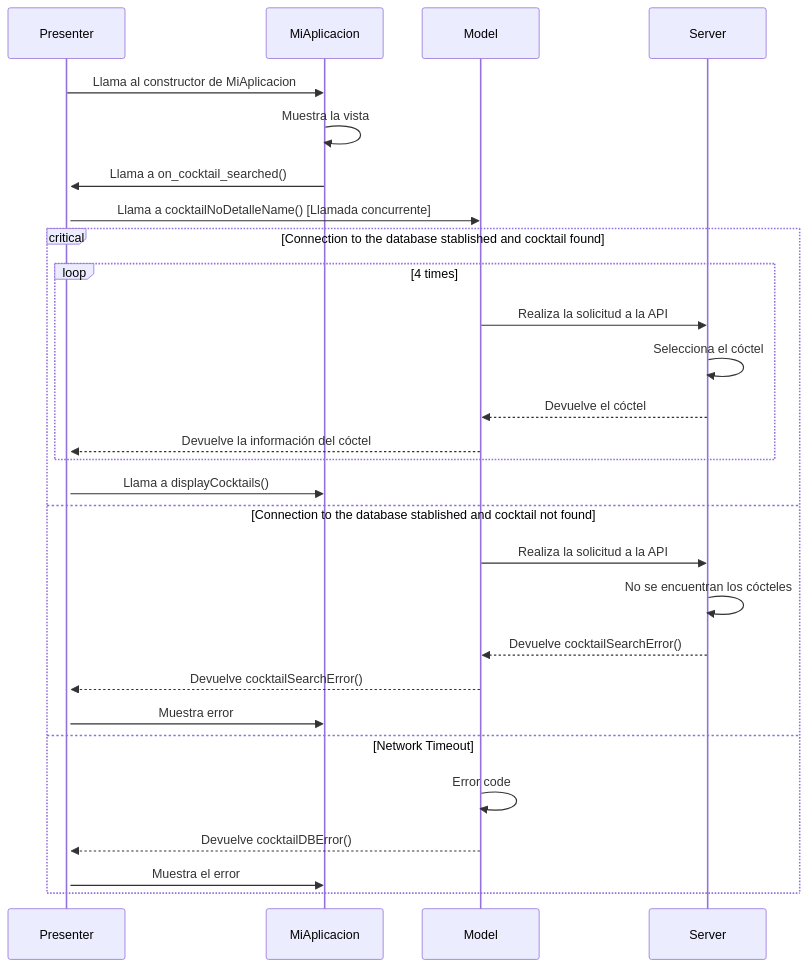
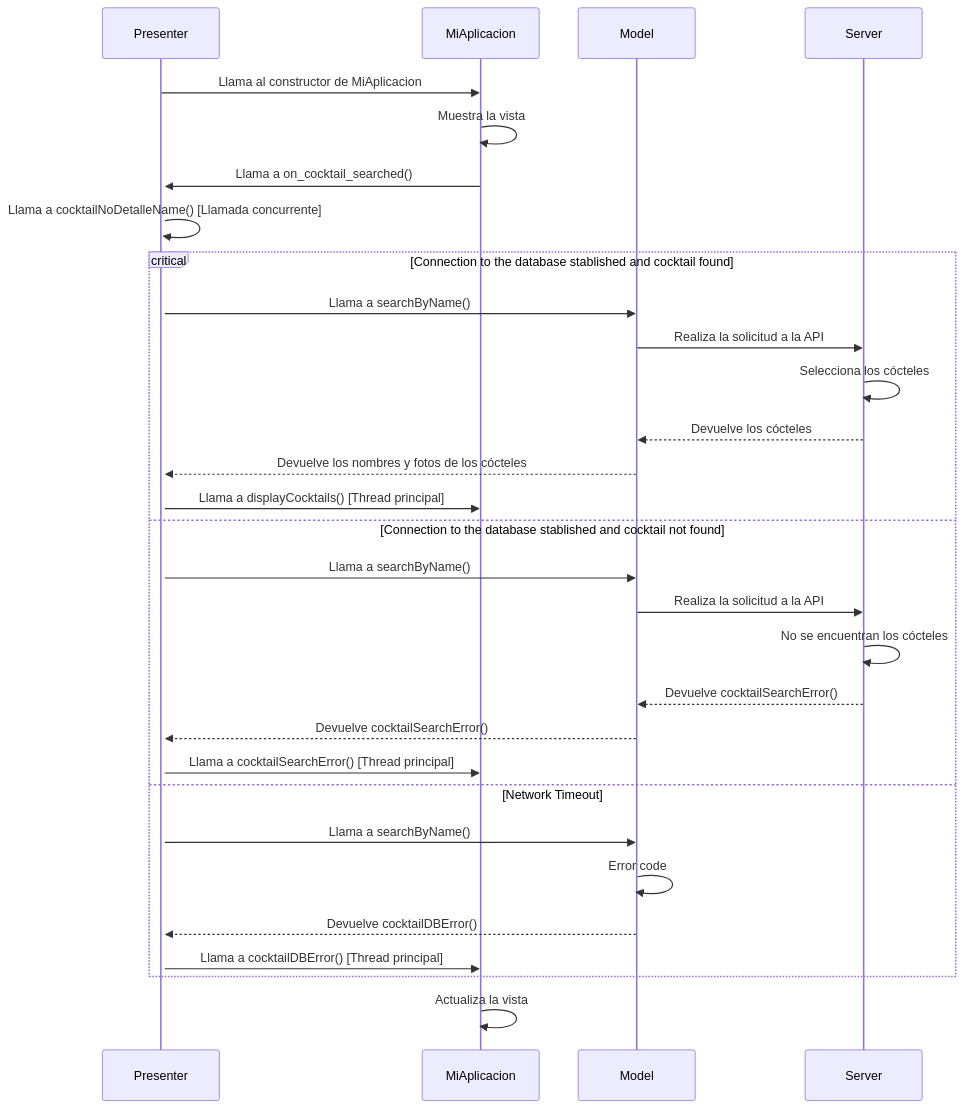
The seventh of 7 diagrams in Desktop/diseño_sw.md (braisf03/IPM), drawn with Mermaid before and after one commit. The commit also changed other lines of this file, not shown here.

Commit message:
✅✅✅✅✅✅✅ como dicen los jóvenes

````diff
--- a/Desktop/diseño_sw.md
+++ b/Desktop/diseño_sw.md
@@ -281,36 +285,38 @@
 ```mermaid
 sequenceDiagram
 #--------------Definiciones de actores--------------#
     participant Presenter as Presenter
     participant MiAplicacion as MiAplicacion
     participant Model as Model
     participant Server as Server
 
 #--------------Inicio de la aplicación--------------#
     Presenter->>MiAplicacion: Llama al constructor de MiAplicacion
     activate Presenter
     MiAplicacion->>MiAplicacion: Muestra la vista
     MiAplicacion->>Presenter: Llama a on_cocktail_searched() 
-    Presenter->>Model: Llama a cocktailNoDetalleName() [Llamada concurrente]
+    Presenter->>Presenter: Llama a cocktailNoDetalleName() [Llamada concurrente]
 
 #-------------Accesos a la base de datos------------#        
     critical Connection to the database stablished and cocktail found
-     loop 4 times
-            Model->>Server:  Realiza la solicitud a la API
-            Server->>Server: Selecciona el cóctel
-            Server-->>Model: Devuelve el cóctel
-            Model-->>Presenter: Devuelve la información del cóctel
-        end
-        Presenter->>MiAplicacion: Llama a displayCocktails()
+        Presenter ->> Model: Llama a searchByName()
+        Model->>Server:  Realiza la solicitud a la API
+        Server->>Server: Selecciona los cócteles
+        Server-->>Model: Devuelve los cócteles
+        Model-->>Presenter: Devuelve los nombres y fotos de los cócteles
+        Presenter->>MiAplicacion: Llama a displayCocktails() [Thread principal]
     option Connection to the database stablished and cocktail not found
+        Presenter ->> Model: Llama a searchByName()
         Model->>Server: Realiza la solicitud a la API
-        Server->>Server: No se encuentran los cócteles
+        Server->>Server: No se encuentran los cócteles 
         Server-->>Model: Devuelve cocktailSearchError()
         Model-->>Presenter: Devuelve cocktailSearchError()
-        Presenter->>MiAplicacion: Muestra error 
-    option Network Timeout   
+        Presenter->>MiAplicacion: Llama a cocktailSearchError() [Thread principal]
+    option Network Timeout
+        Presenter ->> Model: Llama a searchByName()
         Model->>Model: Error code
         Model-->>Presenter: Devuelve cocktailDBError()
-        Presenter->>MiAplicacion: Muestra el error
+        Presenter->>MiAplicacion: Llama a cocktailDBError() [Thread principal]
     end
+    MiAplicacion->>MiAplicacion: Actualiza la vista
 ```
````
